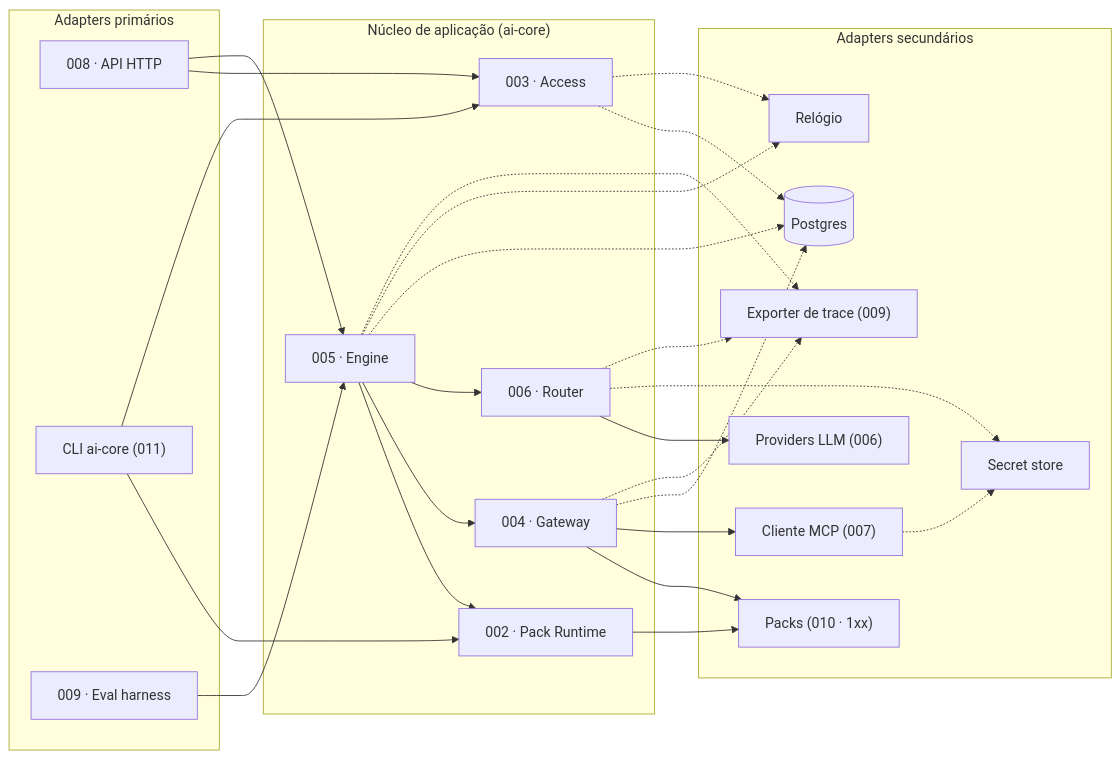
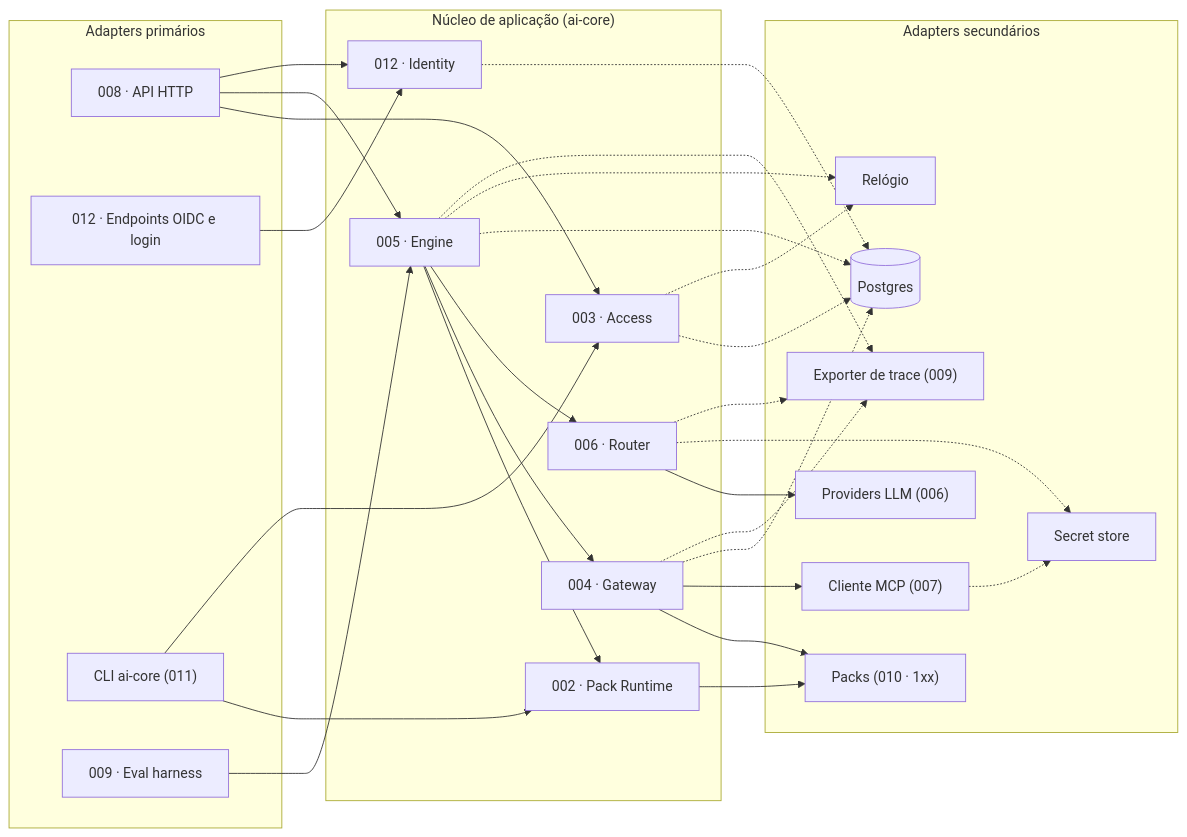
The second of 4 diagrams in specs/README.md (CaioFerreiraB/axon), drawn with Mermaid before and after one commit. The commit also changed other lines of this file and 80 other files, not shown here.

````diff
--- a/specs/README.md
+++ b/specs/README.md
@@ -71,46 +75,51 @@
 ```mermaid
 flowchart LR
     subgraph PRIM["Adapters primários"]
         HTTP["008 · API HTTP"]
+        OIDC["012 · Endpoints OIDC e login"]
         CLI["CLI ai-core (011)"]
         EVAL["009 · Eval harness"]
     end
     subgraph HEX["Núcleo de aplicação (ai-core)"]
         ACC["003 · Access"]
+        IDN["012 · Identity"]
         RT["002 · Pack Runtime"]
         ENG["005 · Engine"]
         GW["004 · Gateway"]
         ROU["006 · Router"]
     end
     subgraph SEC["Adapters secundários"]
         LLM["Providers LLM (006)"]
         MCP["Cliente MCP (007)"]
         PACKS["Packs (010 · 1xx)"]
         PG[("Postgres")]
         SECR["Secret store"]
         CLK["Relógio"]
         TRC["Exporter de trace (009)"]
     end
     HTTP --> ACC
     HTTP --> ENG
+    HTTP --> IDN
+    OIDC --> IDN
     CLI --> RT
     CLI --> ACC
     EVAL --> ENG
     ENG --> RT
     ENG --> GW
     ENG --> ROU
     RT --> PACKS
     GW --> PACKS
     GW --> MCP
     ROU --> LLM
     ACC -.-> PG
+    IDN -.-> PG
     GW -.-> PG
     ENG -.-> PG
     ACC -.-> CLK
     ENG -.-> CLK
     ROU -.-> SECR
     MCP -.-> SECR
     ENG -.-> TRC
     GW -.-> TRC
     ROU -.-> TRC
 ```
````
